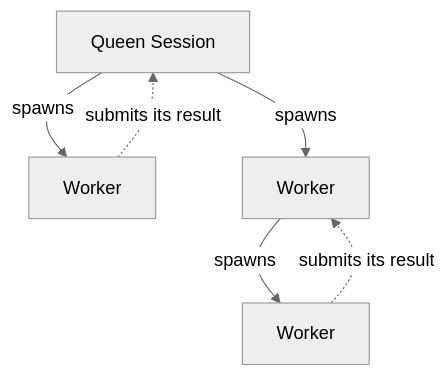
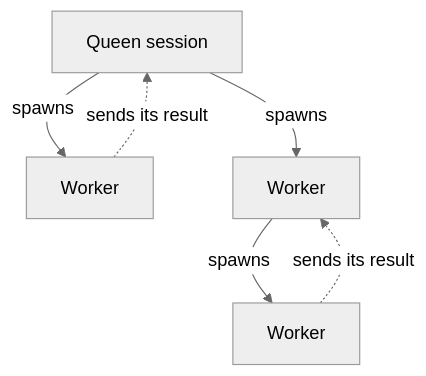
The diagram in website/src/content/docs/using-openwaggle/hives-and-sessions.md (OpenWaggle/OpenWaggle), drawn with Mermaid (neutral theme) before and after one commit. The commit also changed other lines of this file and 4 other files, not shown here.

````diff
--- a/website/src/content/docs/using-openwaggle/hives-and-sessions.md
+++ b/website/src/content/docs/using-openwaggle/hives-and-sessions.md
@@ -15,8 +13,9 @@
 ```mermaid
+%% alt: A Queen session spawns workers, a worker can spawn its own, and each sends its result to the session that spawned it
 flowchart TD
-  Q["Queen Session"] -->|spawns| W1["Worker"]
+  Q["Queen session"] -->|spawns| W1["Worker"]
   Q -->|spawns| W2["Worker"]
   W2 -->|spawns| W3["Worker"]
-  W1 -.->|submits its result| Q
-  W3 -.->|submits its result| W2
+  W1 -.->|sends its result| Q
+  W3 -.->|sends its result| W2
 ```
````
